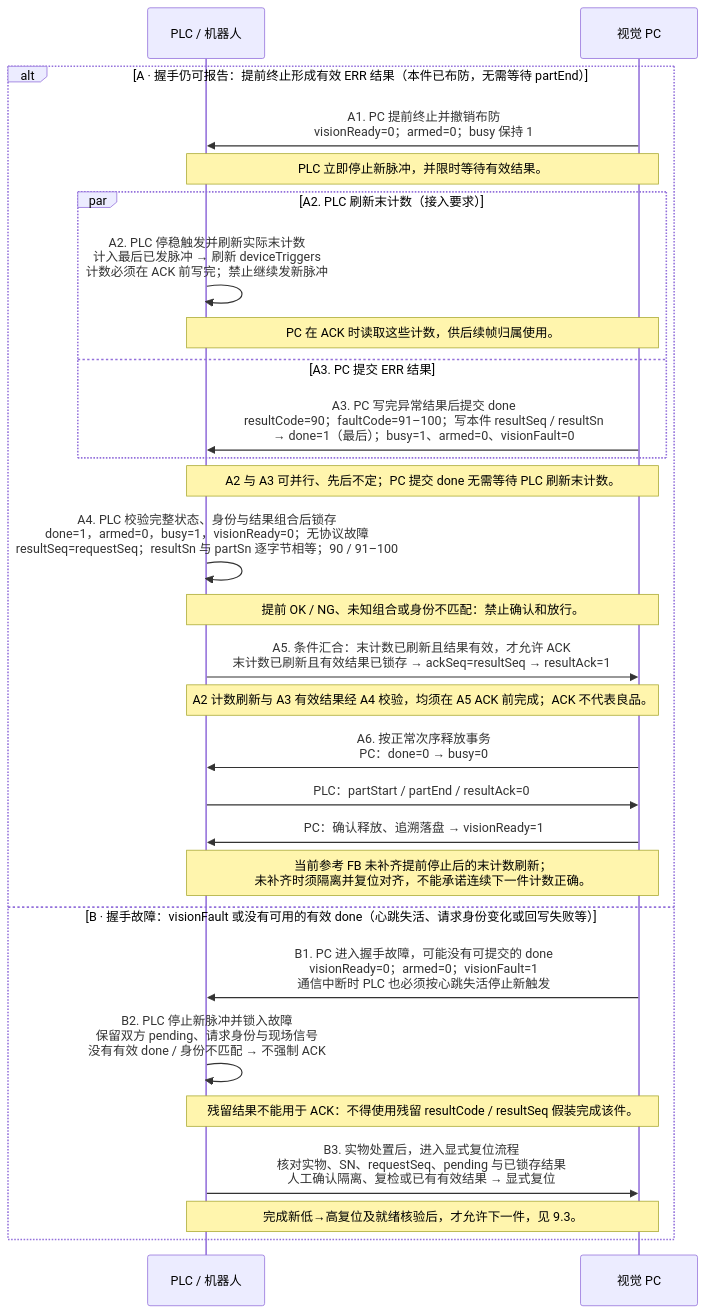
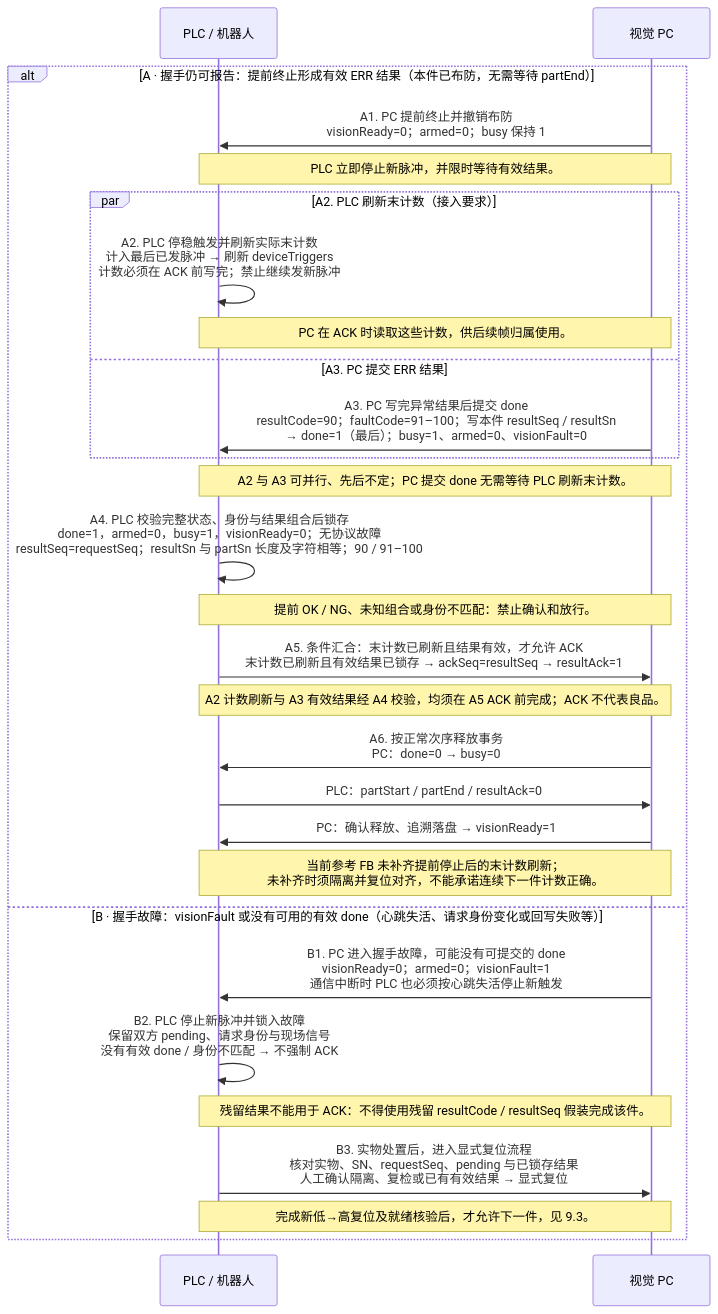
The second of 3 diagrams in docs/integration/plc-communication-protocol.md (liangyuR/ly-gluesight), drawn with Mermaid before and after one commit. The commit also changed other lines of this file and 32 other files, not shown here.

````diff
--- a/docs/integration/plc-communication-protocol.md
+++ b/docs/integration/plc-communication-protocol.md
@@ -282,31 +283,31 @@
 ```mermaid
 sequenceDiagram
     participant PLC as PLC / 机器人
     participant PC as 视觉 PC
 
     alt A · 握手仍可报告：提前终止形成有效 ERR 结果（本件已布防，无需等待 partEnd）
         PC->>PLC: A1. PC 提前终止并撤销布防<br/>visionReady=0；armed=0；busy 保持 1
         Note over PLC,PC: PLC 立即停止新脉冲，并限时等待有效结果。
         par A2. PLC 刷新末计数（接入要求）
             PLC->>PLC: A2. PLC 停稳触发并刷新实际末计数<br/>计入最后已发脉冲 → 刷新 deviceTriggers<br/>计数必须在 ACK 前写完；禁止继续发新脉冲
             Note over PLC,PC: PC 在 ACK 时读取这些计数，供后续帧归属使用。
         and A3. PC 提交 ERR 结果
             PC->>PLC: A3. PC 写完异常结果后提交 done<br/>resultCode=90；faultCode=91–100；写本件 resultSeq / resultSn<br/>→ done=1（最后）；busy=1、armed=0、visionFault=0
         end
         Note over PLC,PC: A2 与 A3 可并行、先后不定；PC 提交 done 无需等待 PLC 刷新末计数。
-        PLC->>PLC: A4. PLC 校验完整状态、身份与结果组合后锁存<br/>done=1，armed=0，busy=1，visionReady=0；无协议故障<br/>resultSeq=requestSeq；resultSn 与 partSn 逐字节相等；90 / 91–100
+        PLC->>PLC: A4. PLC 校验完整状态、身份与结果组合后锁存<br/>done=1，armed=0，busy=1，visionReady=0；无协议故障<br/>resultSeq=requestSeq；resultSn 与 partSn 长度及字符相等；90 / 91–100
         Note over PLC,PC: 提前 OK / NG、未知组合或身份不匹配：禁止确认和放行。
         PLC->>PC: A5. 条件汇合：末计数已刷新且结果有效，才允许 ACK<br/>末计数已刷新且有效结果已锁存 → ackSeq=resultSeq → resultAck=1
         Note over PLC,PC: A2 计数刷新与 A3 有效结果经 A4 校验，均须在 A5 ACK 前完成；ACK 不代表良品。
         PC->>PLC: A6. 按正常次序释放事务<br/>PC：done=0 → busy=0
         PLC->>PC: PLC：partStart / partEnd / resultAck=0
         PC->>PLC: PC：确认释放、追溯落盘 → visionReady=1
         Note over PLC,PC: 当前参考 FB 未补齐提前停止后的末计数刷新；<br/>未补齐时须隔离并复位对齐，不能承诺连续下一件计数正确。
     else B · 握手故障：visionFault 或没有可用的有效 done（心跳失活、请求身份变化或回写失败等）
         PC->>PLC: B1. PC 进入握手故障，可能没有可提交的 done<br/>visionReady=0；armed=0；visionFault=1<br/>通信中断时 PLC 也必须按心跳失活停止新触发
         PLC->>PLC: B2. PLC 停止新脉冲并锁入故障<br/>保留双方 pending、请求身份与现场信号<br/>没有有效 done / 身份不匹配 → 不强制 ACK
         Note over PLC,PC: 残留结果不能用于 ACK：不得使用残留 resultCode / resultSeq 假装完成该件。
         PLC->>PC: B3. 实物处置后，进入显式复位流程<br/>核对实物、SN、requestSeq、pending 与已锁存结果<br/>人工确认隔离、复检或已有有效结果 → 显式复位
         Note over PLC,PC: 完成新低→高复位及就绪核验后，才允许下一件，见 9.3。
     end
 ```
````
